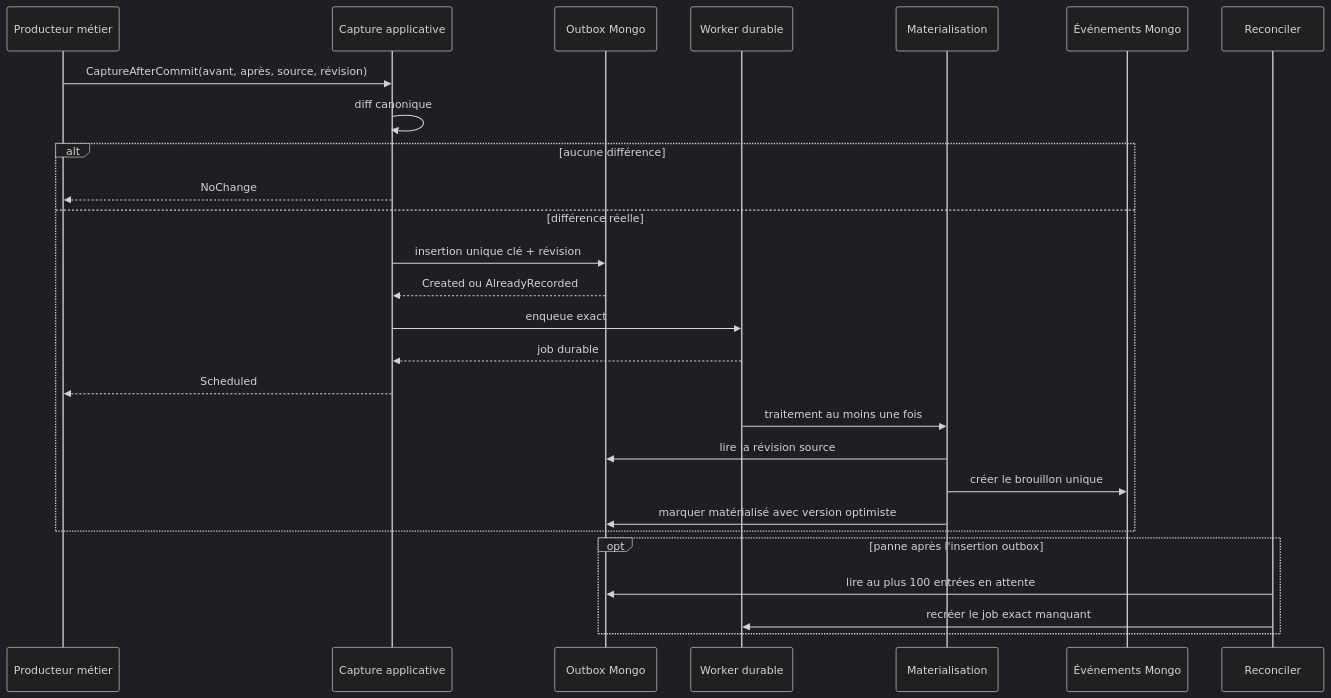
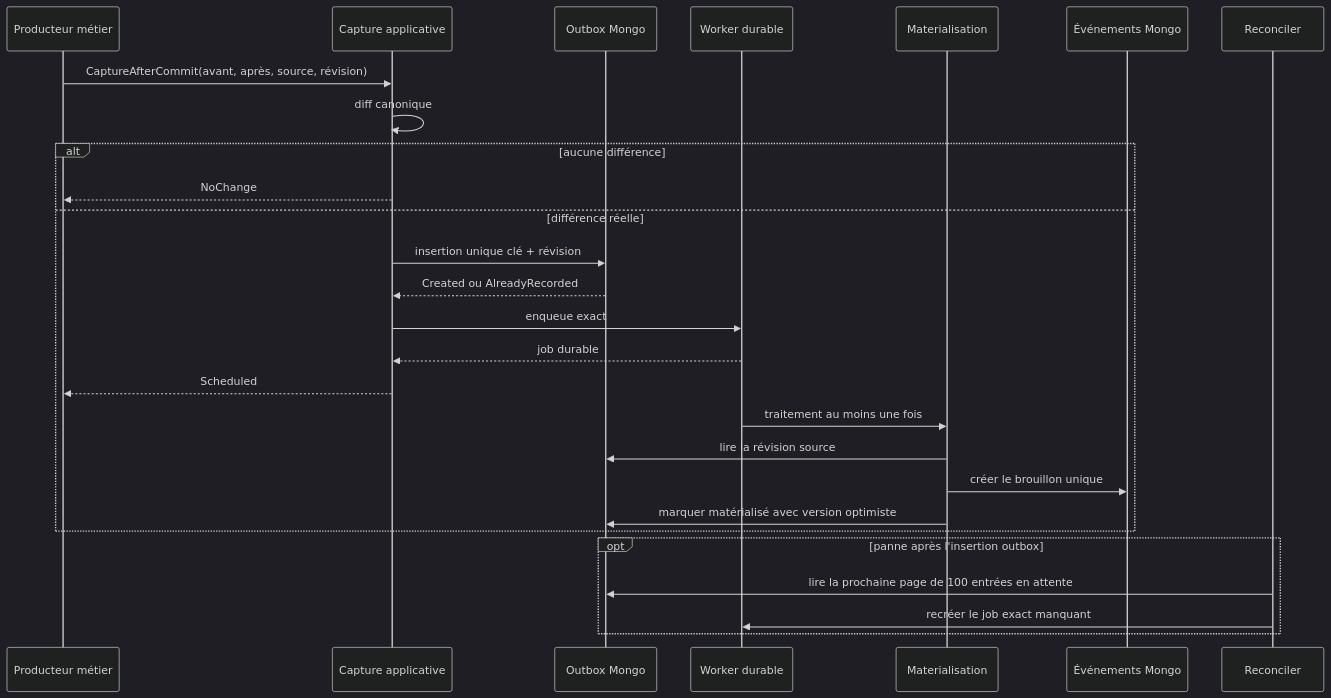
Before and after one commit to Ced59/AmusementParkProject: the third of 3 diagrams in docs/architecture/product-growth-watch-05-factual-outbox-2026-09-15.md, drawn with Mermaid (dark theme). The commit also changed other lines of this file and 8 other files, not shown here.

````diff
--- a/docs/architecture/product-growth-watch-05-factual-outbox-2026-09-15.md
+++ b/docs/architecture/product-growth-watch-05-factual-outbox-2026-09-15.md
@@ -115,31 +115,31 @@
 ```mermaid
 sequenceDiagram
     participant Producer as Producteur métier
     participant Capture as Capture applicative
     participant Outbox as Outbox Mongo
     participant Queue as Worker durable
     participant Handler as Materialisation
     participant Event as Événements Mongo
     participant Repair as Reconciler
 
     Producer->>Capture: CaptureAfterCommit(avant, après, source, révision)
     Capture->>Capture: diff canonique
     alt aucune différence
         Capture-->>Producer: NoChange
     else différence réelle
         Capture->>Outbox: insertion unique clé + révision
         Outbox-->>Capture: Created ou AlreadyRecorded
         Capture->>Queue: enqueue exact
         Queue-->>Capture: job durable
         Capture-->>Producer: Scheduled
         Queue->>Handler: traitement au moins une fois
         Handler->>Outbox: lire la révision source
         Handler->>Event: créer le brouillon unique
         Handler->>Outbox: marquer matérialisé avec version optimiste
     end
 
     opt panne après l'insertion outbox
-        Repair->>Outbox: lire au plus 100 entrées en attente
+        Repair->>Outbox: lire la prochaine page de 100 entrées en attente
         Repair->>Queue: recréer le job exact manquant
     end
 ```
````
